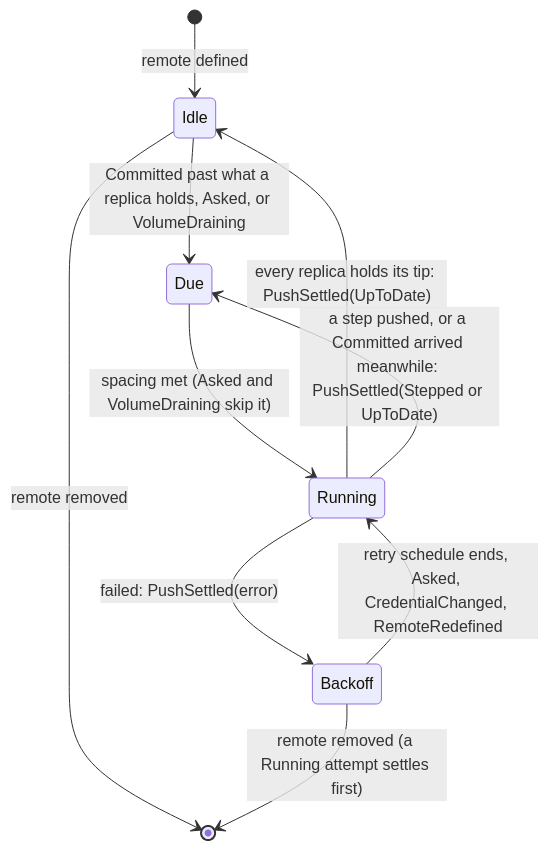
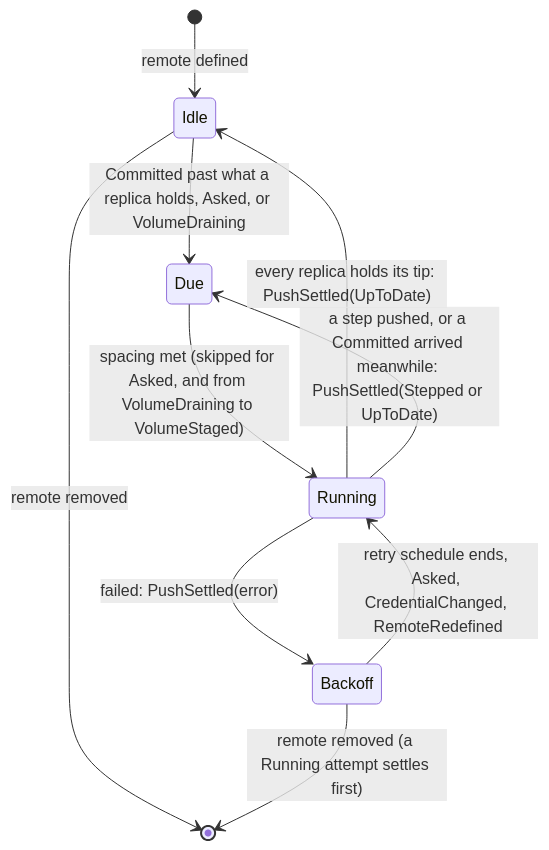
The second of 5 diagrams in docs/target-architecture/domains/replication.md (mcurcio/agentfs), drawn with Mermaid before and after one commit. The commit also changed other lines of this file and 7 other files, not shown here.

````diff
--- a/docs/target-architecture/domains/replication.md
+++ b/docs/target-architecture/domains/replication.md
@@ -56,12 +55,12 @@
 ```mermaid
 stateDiagram-v2
   [*] --> Idle: remote defined
   Idle --> Due: Committed past what a replica holds, Asked, or VolumeDraining
-  Due --> Running: spacing met (Asked and VolumeDraining skip it)
+  Due --> Running: spacing met (skipped for Asked, and from VolumeDraining to VolumeStaged)
   Running --> Idle: every replica holds its tip: PushSettled(UpToDate)
   Running --> Due: a step pushed, or a Committed arrived meanwhile: PushSettled(Stepped or UpToDate)
   Running --> Backoff: failed: PushSettled(error)
   Backoff --> Running: retry schedule ends, Asked, CredentialChanged, RemoteRedefined
   Idle --> [*]: remote removed
   Backoff --> [*]: remote removed (a Running attempt settles first)
 ```
````
